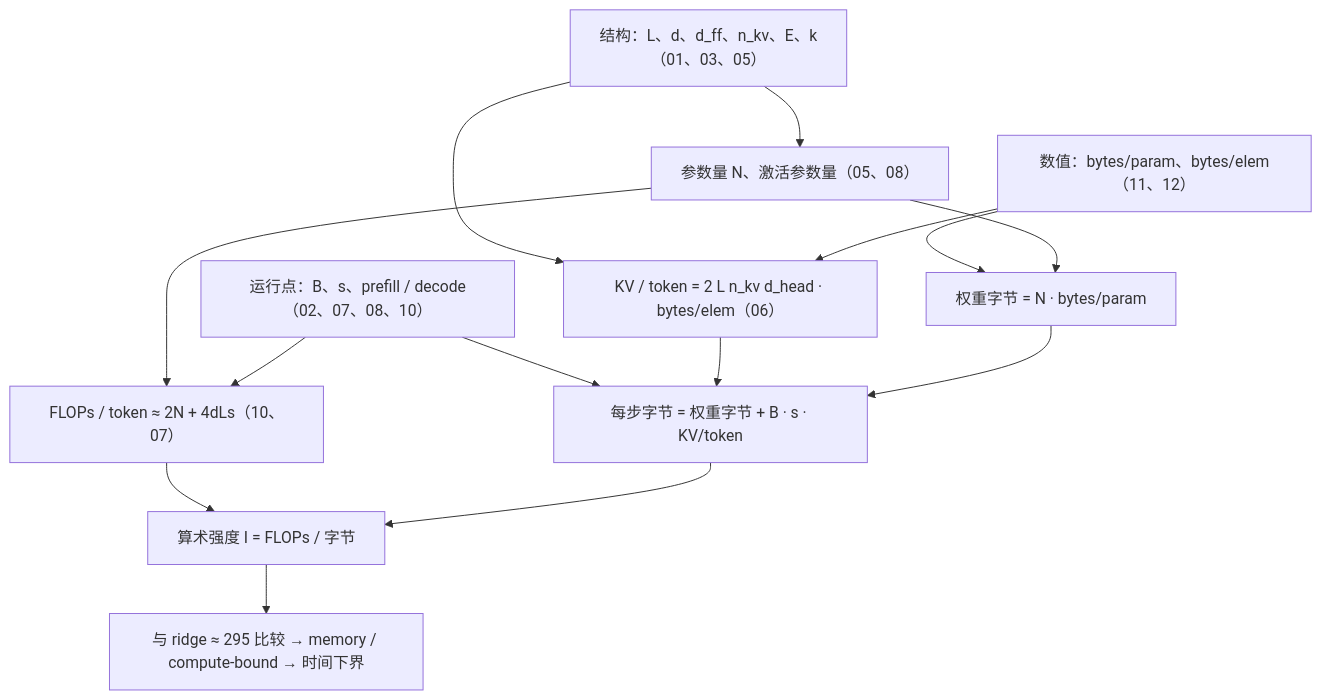
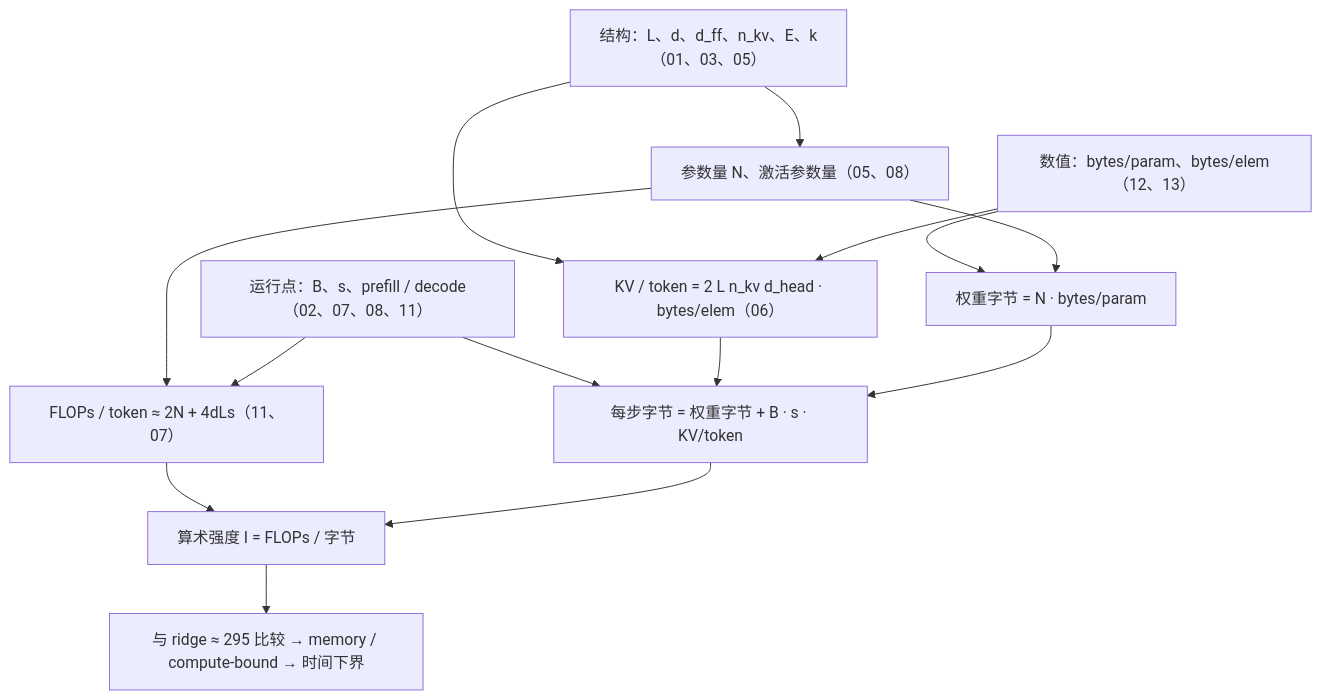
One commit to arganzheng/arganzheng.github.com changed the seventh of 7 diagrams in slides/2026-04-09-transformer-and-llm.md. Above: the diagram before and after it, drawn with Mermaid. The commit also changed other lines of this file and 16 other files, not shown here.

````diff
--- a/slides/2026-04-09-transformer-and-llm.md
+++ b/slides/2026-04-09-transformer-and-llm.md
@@ -501,17 +501,17 @@
 ```mermaid
 %%{init: {"flowchart": {"wrappingWidth": 260}}}%%
 flowchart TB
     S["结构：L、d、d_ff、n_kv、E、k<br/>（01、03、05）"] --> N["参数量 N、激活参数量（05、08）"]
     S --> K["KV / token = 2 L n_kv d_head · bytes/elem（06）"]
-    D["数值：bytes/param、bytes/elem（11、12）"] --> W["权重字节 = N · bytes/param"]
+    D["数值：bytes/param、bytes/elem（12、13）"] --> W["权重字节 = N · bytes/param"]
     N --> W
     D --> K
-    N --> F["FLOPs / token ≈ 2N + 4dLs（10、07）"]
-    R["运行点：B、s、prefill / decode（02、07、08、10）"] --> F
+    N --> F["FLOPs / token ≈ 2N + 4dLs（11、07）"]
+    R["运行点：B、s、prefill / decode（02、07、08、11）"] --> F
     R --> H["每步字节 = 权重字节 + B · s · KV/token"]
     K --> H
     W --> H
     F --> I["算术强度 I = FLOPs / 字节"]
     H --> I
     I --> T["与 ridge ≈ 295 比较 → memory / compute-bound → 时间下界"]
 ```
````
